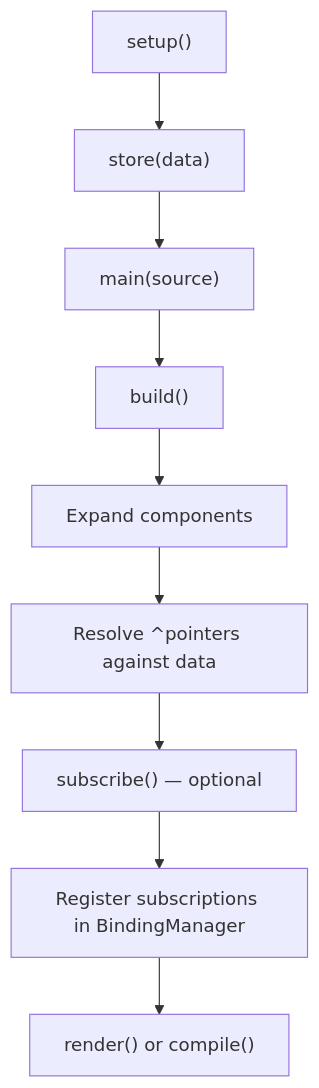
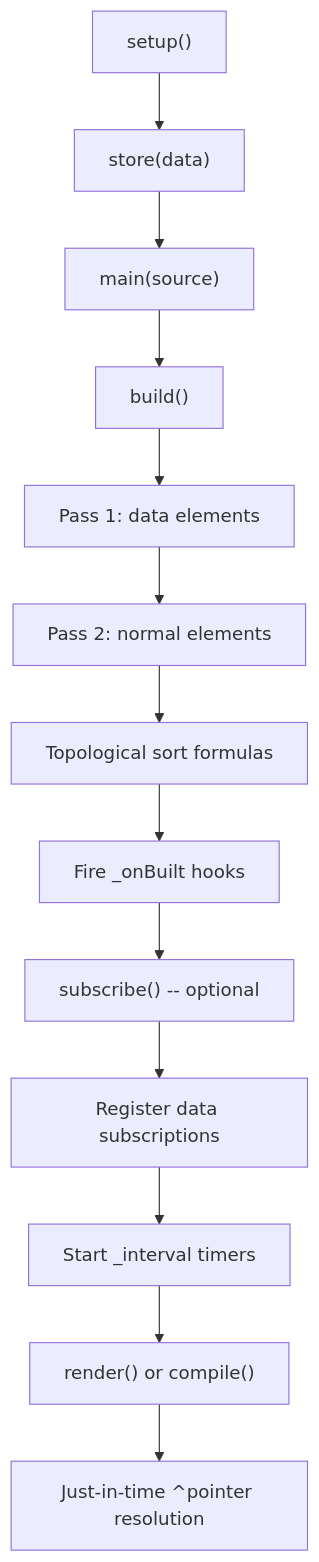
One commit to genropy/genro-builders changed the third of 5 diagrams in docs/builders/architecture.md. Above: the diagram before and after it, drawn with Mermaid. The commit also changed other lines of this file and 31 other files, not shown here.

````diff
--- a/docs/builders/architecture.md
+++ b/docs/builders/architecture.md
@@ -36,11 +53,15 @@
 ```{mermaid}
 flowchart TB
     A["setup()"] --> B["store(data)"]
     B --> C["main(source)"]
     C --> D["build()"]
-    D --> E[Expand components]
-    E --> F["Resolve ^pointers against data"]
-    F --> G["subscribe() — optional"]
-    G --> H[Register subscriptions in BindingManager]
-    H --> I["render() or compile()"]
+    D --> E["Pass 1: data elements"]
+    E --> F["Pass 2: normal elements"]
+    F --> G["Topological sort formulas"]
+    G --> H["Fire _onBuilt hooks"]
+    H --> I["subscribe() -- optional"]
+    I --> J["Register data subscriptions"]
+    J --> K["Start _interval timers"]
+    K --> L["render() or compile()"]
+    L --> M["Just-in-time ^pointer resolution"]
 ```
````
